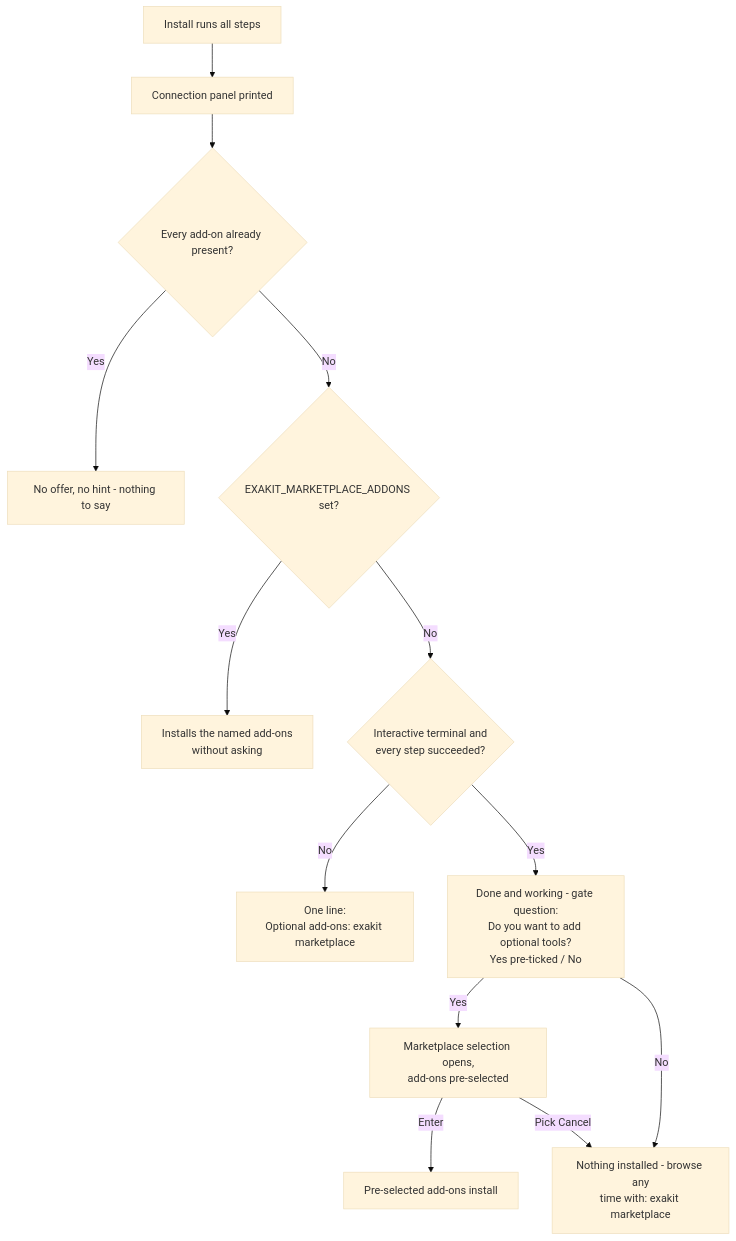
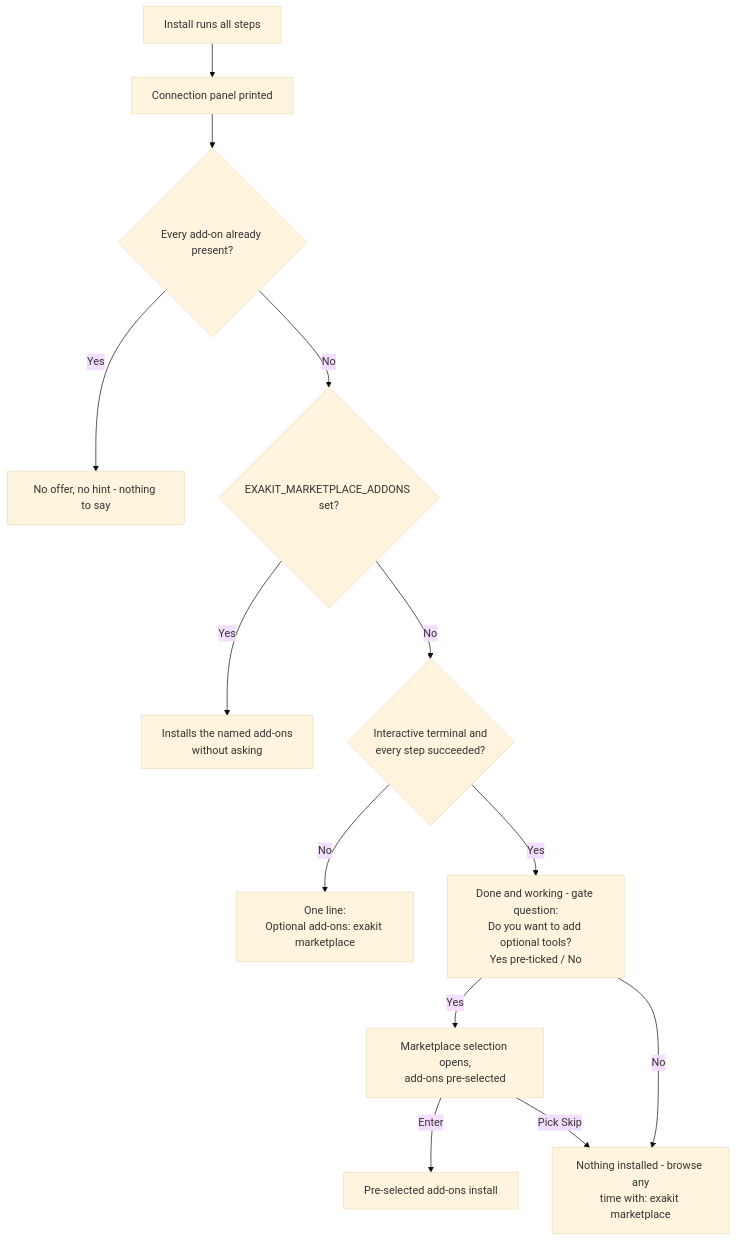
One commit to krishna-exasol/update-path changed the second of 7 diagrams in MARKETPLACE.md. Above: the diagram before and after it, drawn with Mermaid (base theme). The commit also changed other lines of this file and 15 other files, not shown here.

````diff
--- a/MARKETPLACE.md
+++ b/MARKETPLACE.md
@@ -98,17 +98,17 @@
 ```mermaid
 flowchart TD
     A[Install runs all steps] --> B[Connection panel printed]
     B --> C{Every add-on already present?}
     C -->|Yes| D[No offer, no hint - nothing to say]
     C -->|No| E{EXAKIT_MARKETPLACE_ADDONS set?}
     E -->|Yes| F[Installs the named add-ons<br>without asking]
     E -->|No| G{Interactive terminal and<br>every step succeeded?}
     G -->|No| H[One line:<br>Optional add-ons: exakit marketplace]
     G -->|Yes| I[Done and working - gate question:<br>Do you want to add optional tools?<br>Yes pre-ticked / No]
     I -->|Yes| J2[Marketplace selection opens,<br>add-ons pre-selected]
     J2 -->|Enter| J[Pre-selected add-ons install]
-    J2 -->|Pick Cancel| K[Nothing installed - browse any<br>time with: exakit marketplace]
+    J2 -->|Pick Skip| K[Nothing installed - browse any<br>time with: exakit marketplace]
     I -->|No| K
 
     click J "#scenario-3-browsing-and-installing"
 ```
````
